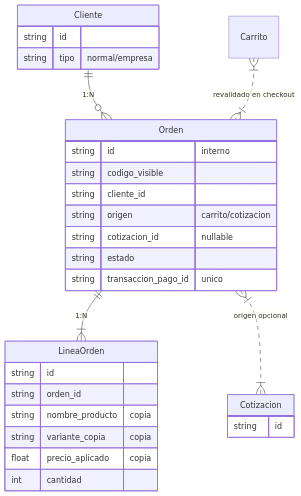
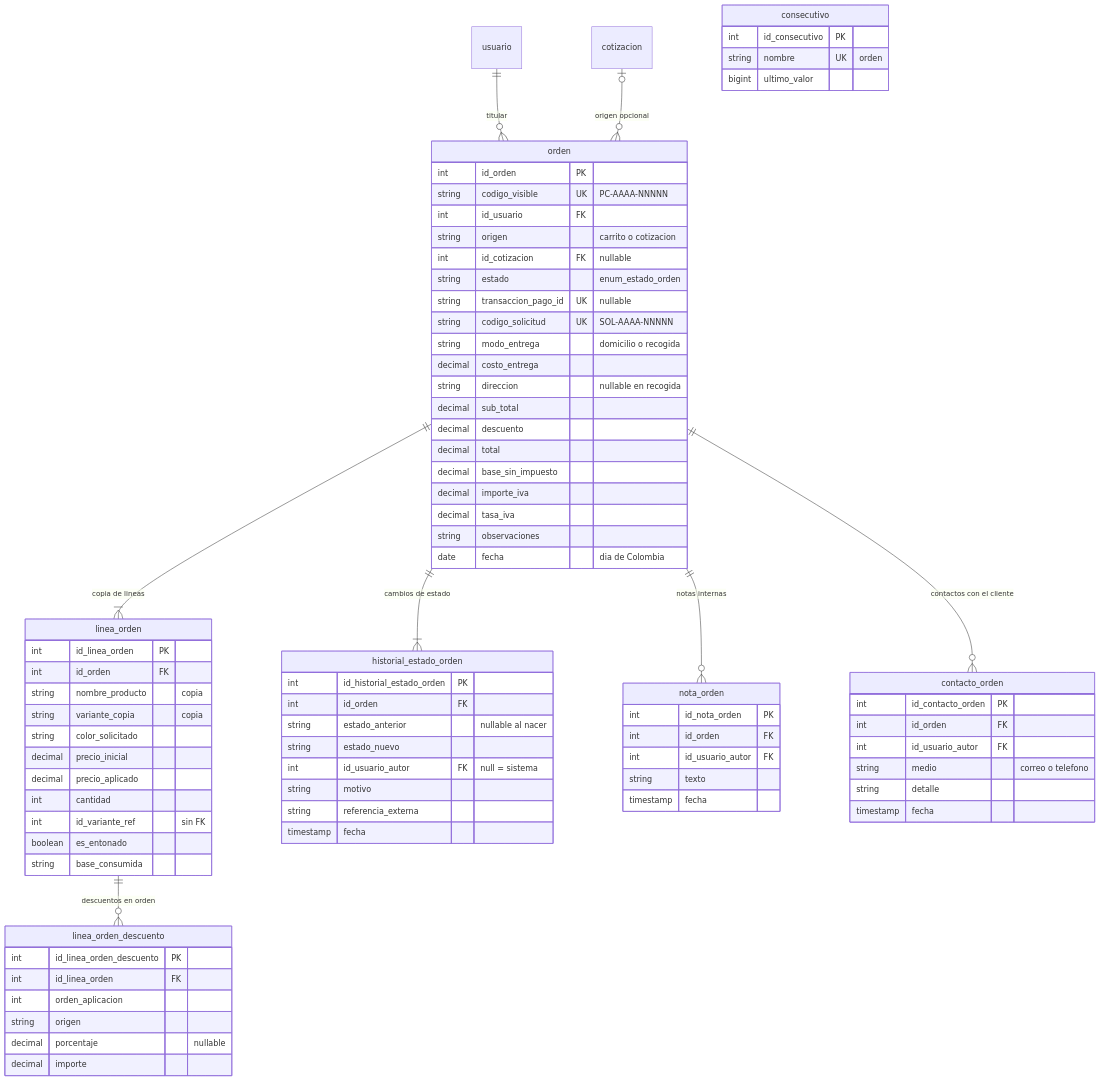
The first of 4 diagrams in equipo-2-doc/assets/diagrams/M08/M08_Orden_de_venta.md (pintuclic/pintuclic), drawn with Mermaid before and after one commit. The commit also changed other lines of this file and 6 other files, not shown here.

First line of the commit message:
docs(M08): actualizar diagramas, especificacion y dictamen de cierre del backend

````diff
--- a/equipo-2-doc/assets/diagrams/M08/M08_Orden_de_venta.md
+++ b/equipo-2-doc/assets/diagrams/M08/M08_Orden_de_venta.md
@@ -33,32 +34,83 @@
 ```mermaid
 erDiagram
-    Cliente ||--o{ Orden : "1:N"
-    Orden ||--|{ LineaOrden : "1:N"
-    Carrito }|..|{ Orden : "revalidado en checkout"
-    Orden }|..|{ Cotizacion : "origen opcional"
+    usuario ||--o{ orden : "titular"
+    cotizacion |o--o{ orden : "origen opcional"
+    orden ||--|{ linea_orden : "copia de lineas"
+    linea_orden ||--o{ linea_orden_descuento : "descuentos en orden"
+    orden ||--|{ historial_estado_orden : "cambios de estado"
+    orden ||--o{ nota_orden : "notas internas"
+    orden ||--o{ contacto_orden : "contactos con el cliente"
 
-    Cliente {
-        string id
-        string tipo "normal/empresa"
+    orden {
+        int id_orden PK
+        string codigo_visible UK "PC-AAAA-NNNNN"
+        int id_usuario FK
+        string origen "carrito o cotizacion"
+        int id_cotizacion FK "nullable"
+        string estado "enum_estado_orden"
+        string transaccion_pago_id UK "nullable"
+        string codigo_solicitud UK "SOL-AAAA-NNNNN"
+        string modo_entrega "domicilio o recogida"
+        decimal costo_entrega
+        string direccion "nullable en recogida"
+        decimal sub_total
+        decimal descuento
+        decimal total
+        decimal base_sin_impuesto
+        decimal importe_iva
+        decimal tasa_iva
+        string observaciones
+        date fecha "dia de Colombia"
     }
-    Orden {
-        string id "interno"
-        string codigo_visible
-        string cliente_id
-        string origen "carrito/cotizacion"
-        string cotizacion_id "nullable"
-        string estado
-        string transaccion_pago_id "unico"
-    }
-    LineaOrden {
-        string id
-        string orden_id
+    linea_orden {
+        int id_linea_orden PK
+        int id_orden FK
         string nombre_producto "copia"
         string variante_copia "copia"
-        float precio_aplicado "copia"
+        string color_solicitado
+        decimal precio_inicial
+        decimal precio_aplicado
         int cantidad
+        int id_variante_ref "sin FK"
+        boolean es_entonado
+        string base_consumida
     }
-    Cotizacion {
-        string id
+    linea_orden_descuento {
+        int id_linea_orden_descuento PK
+        int id_linea_orden FK
+        int orden_aplicacion
+        string origen
+        decimal porcentaje "nullable"
+        decimal importe
+    }
+    historial_estado_orden {
+        int id_historial_estado_orden PK
+        int id_orden FK
+        string estado_anterior "nullable al nacer"
+        string estado_nuevo
+        int id_usuario_autor FK "null = sistema"
+        string motivo
+        string referencia_externa
+        timestamp fecha
+    }
+    nota_orden {
+        int id_nota_orden PK
+        int id_orden FK
+        int id_usuario_autor FK
+        string texto
+        timestamp fecha
+    }
+    contacto_orden {
+        int id_contacto_orden PK
+        int id_orden FK
+        int id_usuario_autor FK
+        string medio "correo o telefono"
+        string detalle
+        timestamp fecha
+    }
+    consecutivo {
+        int id_consecutivo PK
+        string nombre UK "orden"
+        bigint ultimo_valor
     }
 ```
````
